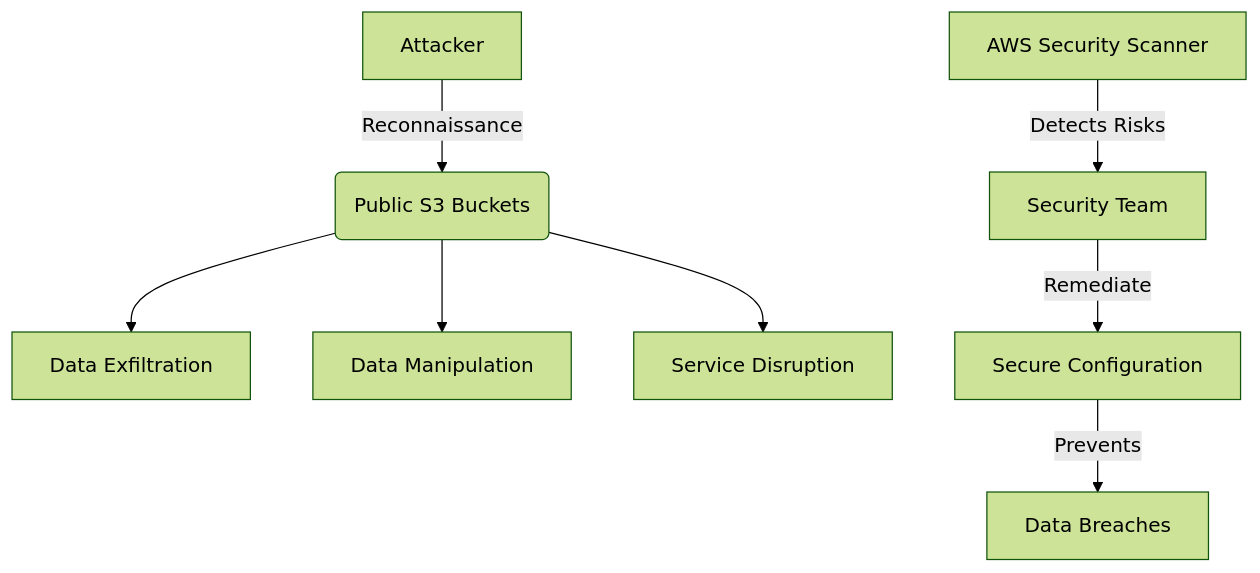
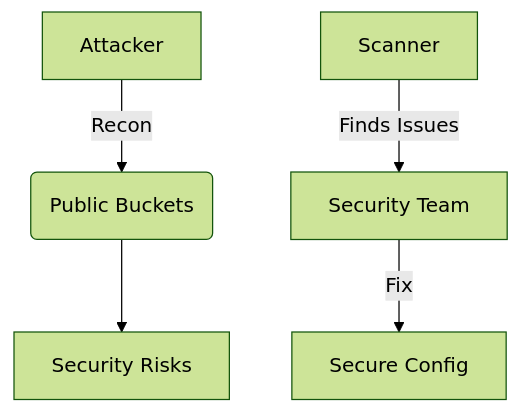
The diagram in aws-security-scanner/README.md (lucchesi-sec/cybersec-projects), drawn with Mermaid (forest theme) before and after one commit. The commit also changed 5 other files, not shown here.

Commit message:
docs: simplify mermaid diagrams for better readability

````diff
--- a/aws-security-scanner/README.md
+++ b/aws-security-scanner/README.md
@@ -16,10 +16,7 @@
 ```mermaid
 graph TD
-    A[Attacker] -->|Reconnaissance| B(Public S3 Buckets)
-    B --> C[Data Exfiltration]
-    B --> D[Data Manipulation]
-    B --> E[Service Disruption]
-    F[AWS Security Scanner] -->|Detects Risks| G[Security Team]
-    G -->|Remediate| H[Secure Configuration]
-    H -->|Prevents| I[Data Breaches]
+    A[Attacker] -->|"Recon"| B(Public Buckets)
+    B --> C[Security Risks]
+    F[Scanner] -->|"Finds Issues"| G[Security Team]
+    G -->|"Fix"| H[Secure Config]
 ```
````
